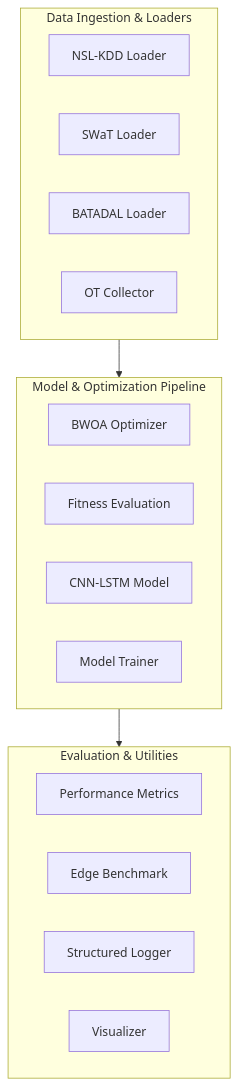
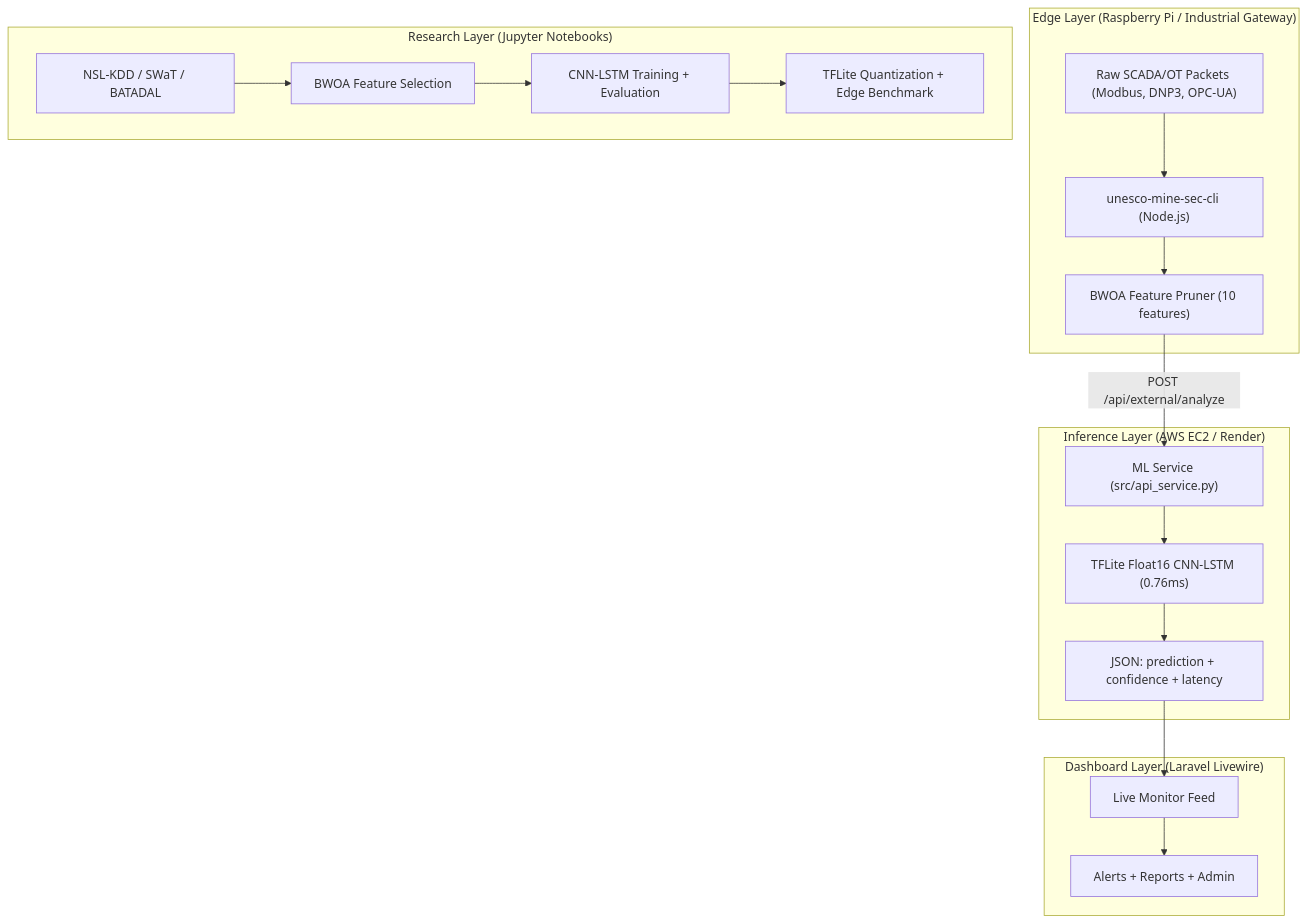
Before and after one commit to mhiskall282/Securing-the-Digital-Mine-UNESCO-Project: the third of 4 diagrams in README.md, drawn with Mermaid. The commit also changed other lines of this file, not shown here.

````diff
--- a/README.md
+++ b/README.md
@@ -75,23 +149,21 @@
 ```mermaid
 flowchart TD
-    subgraph Data["Data Ingestion & Loaders"]
-        nsl["NSL-KDD Loader"]
-        swat["SWaT Loader"]
-        bat["BATADAL Loader"]
-        ot["OT Collector"]
+    subgraph Edge["Edge Layer (Raspberry Pi / Industrial Gateway)"]
+        A["Raw SCADA/OT Packets (Modbus, DNP3, OPC-UA)"] --> B["unesco-mine-sec-cli (Node.js)"]
+        B --> C["BWOA Feature Pruner (10 features)"]
     end
-    subgraph Model["Model & Optimization Pipeline"]
-        bwoa["BWOA Optimizer"]
-        fit["Fitness Evaluation"]
-        cnn_lstm["CNN-LSTM Model"]
-        train["Model Trainer"]
+    subgraph API["Inference Layer (AWS EC2 / Render)"]
+        C -- "POST /api/external/analyze" --> D["ML Service (src/api_service.py)"]
+        D --> E["TFLite Float16 CNN-LSTM (0.76ms)"]
+        E --> F["JSON: prediction + confidence + latency"]
     end
-    subgraph Eval["Evaluation & Utilities"]
-        met["Performance Metrics"]
-        edge["Edge Benchmark"]
-        logs["Structured Logger"]
-        viz["Visualizer"]
+    subgraph Dashboard["Dashboard Layer (Laravel Livewire)"]
+        F --> G["Live Monitor Feed"]
+        G --> H["Alerts + Reports + Admin"]
     end
-    Data --> Model
-    Model --> Eval
+    subgraph Research["Research Layer (Jupyter Notebooks)"]
+        I["NSL-KDD / SWaT / BATADAL"] --> J["BWOA Feature Selection"]
+        J --> K["CNN-LSTM Training + Evaluation"]
+        K --> L["TFLite Quantization + Edge Benchmark"]
+    end
 ```
````
